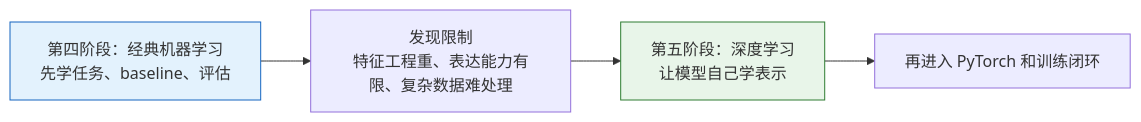
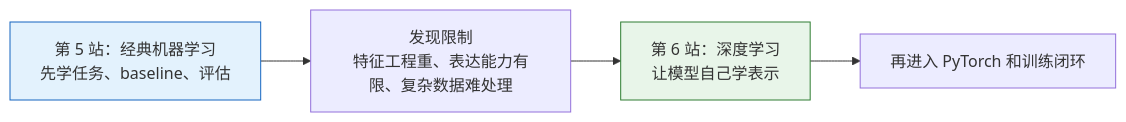
One commit to oudbiao/AI-fullstack-course changed the first of 2 diagrams in docs/stage5/ch01-nn-basics/00-ml-to-dl-bridge.md. Above: the diagram before and after it, drawn with Mermaid. The commit also changed other lines of this file and 139 other files, not shown here.

````diff
--- a/docs/stage5/ch01-nn-basics/00-ml-to-dl-bridge.md
+++ b/docs/stage5/ch01-nn-basics/00-ml-to-dl-bridge.md
@@ -32,9 +32,9 @@
 ```mermaid
 flowchart LR
-    A["第四阶段：经典机器学习<br/>先学任务、baseline、评估"] --> B["发现限制<br/>特征工程重、表达能力有限、复杂数据难处理"]
-    B --> C["第五阶段：深度学习<br/>让模型自己学表示"]
+    A["第 5 站：经典机器学习<br/>先学任务、baseline、评估"] --> B["发现限制<br/>特征工程重、表达能力有限、复杂数据难处理"]
+    B --> C["第 6 站：深度学习<br/>让模型自己学表示"]
     C --> D["再进入 PyTorch 和训练闭环"]
 
     style A fill:#e3f2fd,stroke:#1565c0,color:#333
     style C fill:#e8f5e9,stroke:#2e7d32,color:#333
 ```
````
